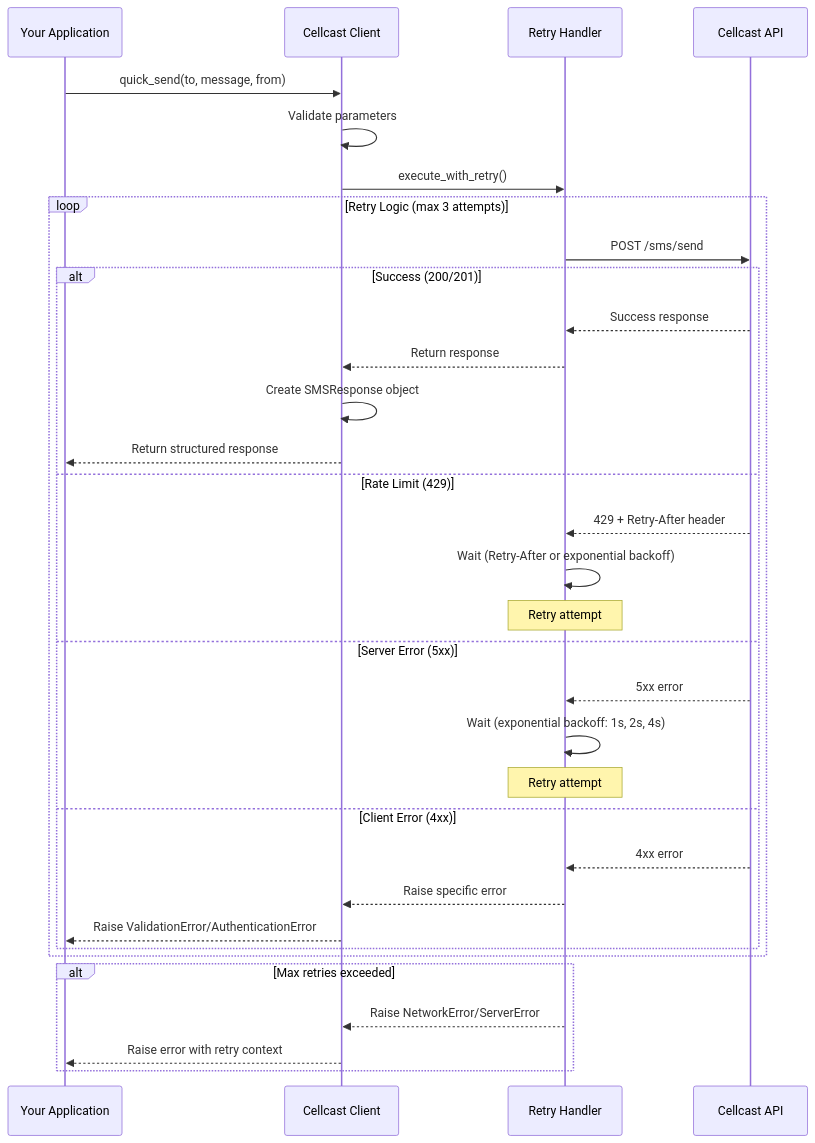
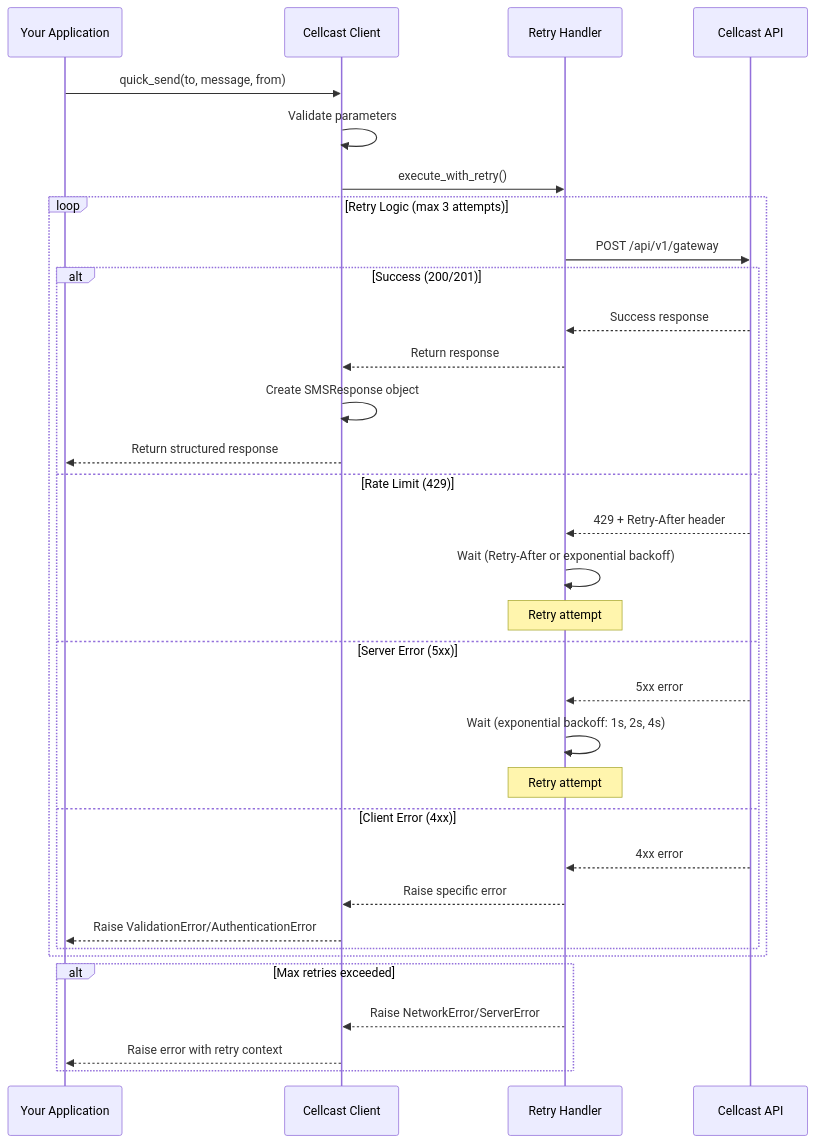
The first of 3 diagrams in DEVELOPER.md (timburgan/cellcast-sms), drawn with Mermaid before and after one commit. The commit also changed other lines of this file and 2 other files, not shown here.

Commit message:
Update documentation to reflect API endpoint changes - remove references to undocumented endpoints

````diff
--- a/DEVELOPER.md
+++ b/DEVELOPER.md
@@ -48,42 +48,42 @@
 ```mermaid
 sequenceDiagram
     participant App as Your Application
     participant Client as Cellcast Client
     participant Retry as Retry Handler
     participant API as Cellcast API
 
     App->>Client: quick_send(to, message, from)
     Client->>Client: Validate parameters
     Client->>Retry: execute_with_retry()
     
     loop Retry Logic (max 3 attempts)
-        Retry->>API: POST /sms/send
+        Retry->>API: POST /api/v1/gateway
         
         alt Success (200/201)
             API-->>Retry: Success response
             Retry-->>Client: Return response
             Client->>Client: Create SMSResponse object
             Client-->>App: Return structured response
         
         else Rate Limit (429)
             API-->>Retry: 429 + Retry-After header
             Retry->>Retry: Wait (Retry-After or exponential backoff)
             Note over Retry: Retry attempt
         
         else Server Error (5xx)
             API-->>Retry: 5xx error
             Retry->>Retry: Wait (exponential backoff: 1s, 2s, 4s)
             Note over Retry: Retry attempt
         
         else Client Error (4xx)
             API-->>Retry: 4xx error
             Retry-->>Client: Raise specific error
             Client-->>App: Raise ValidationError/AuthenticationError
         end
     end
     
     alt Max retries exceeded
         Retry-->>Client: Raise NetworkError/ServerError
         Client-->>App: Raise error with retry context
     end
 ```
````
